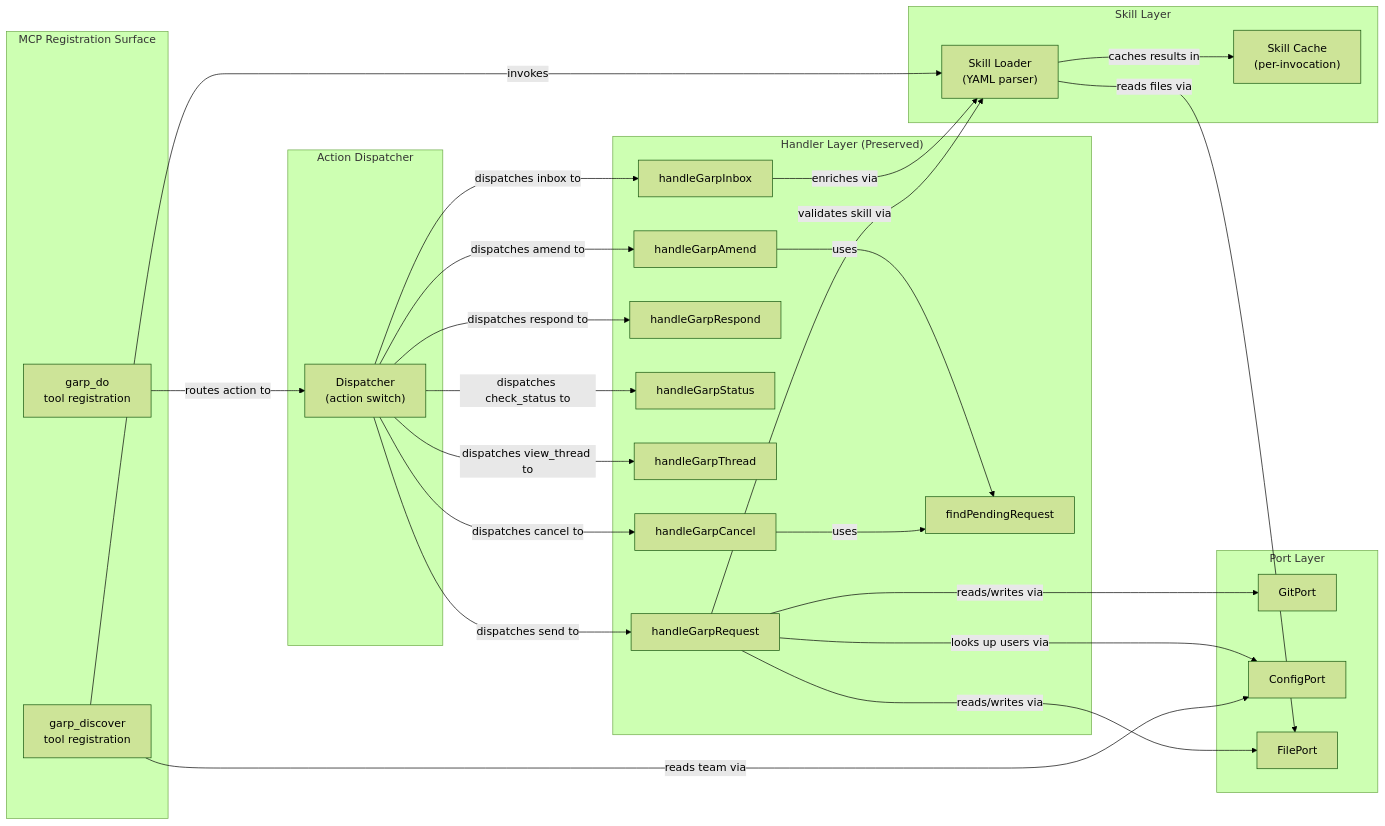
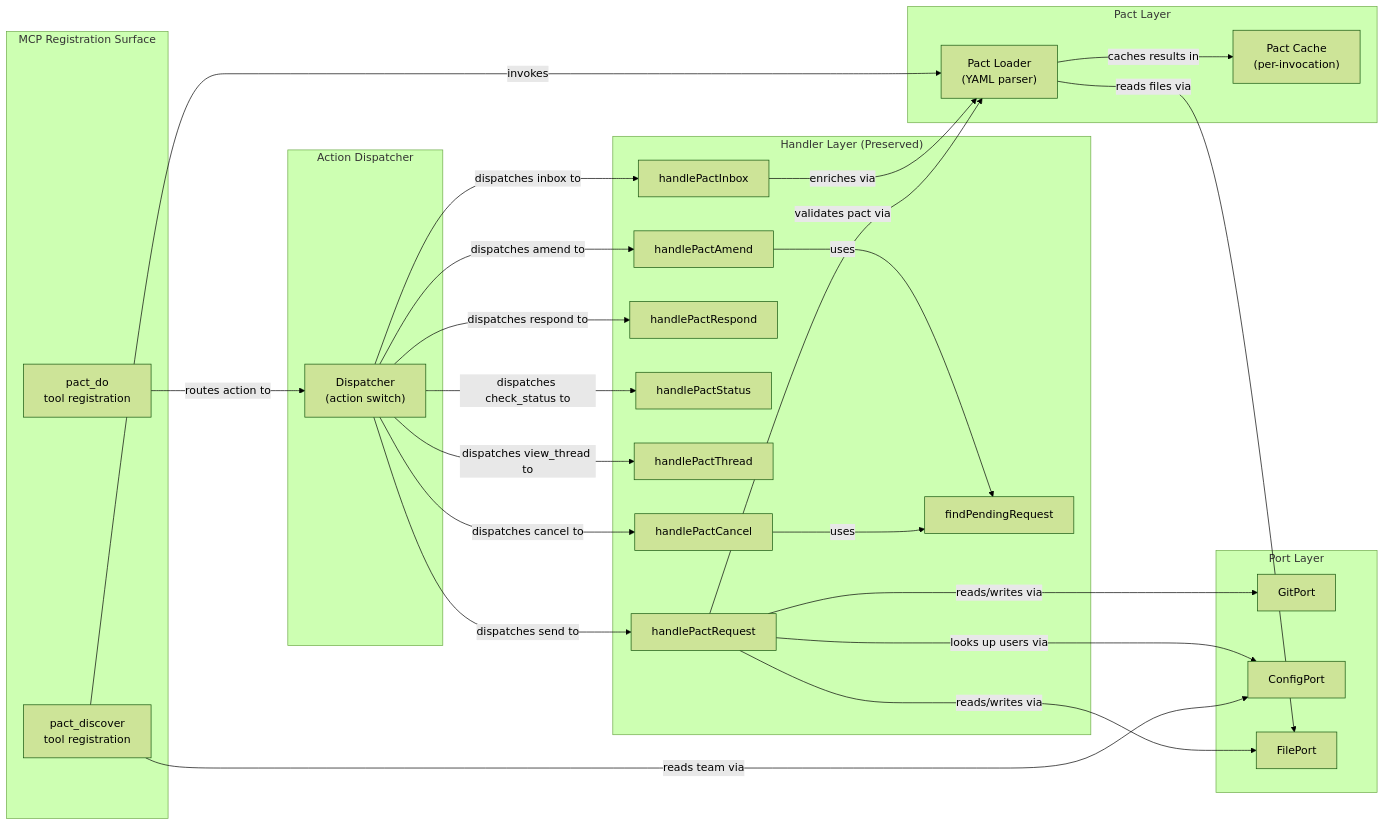
The third of 3 diagrams in docs/feature/collapsed-tools-brain/design/architecture-design.md (snidelycapon/pact), drawn with Mermaid (forest theme) before and after one commit. The commit also changed other lines of this file and 242 other files, not shown here.

First line of the commit message:
chore: rename garp to pact across entire codebase

````diff
--- a/docs/feature/collapsed-tools-brain/design/architecture-design.md
+++ b/docs/feature/collapsed-tools-brain/design/architecture-design.md
@@ -199,53 +199,53 @@
 ```mermaid
 graph LR
     subgraph "MCP Registration Surface"
-        GD["garp_discover<br/>tool registration"]
-        GDo["garp_do<br/>tool registration"]
+        GD["pact_discover<br/>tool registration"]
+        GDo["pact_do<br/>tool registration"]
     end
 
-    subgraph "Skill Layer"
-        SL["Skill Loader<br/>(YAML parser)"]
-        SC["Skill Cache<br/>(per-invocation)"]
+    subgraph "Pact Layer"
+        SL["Pact Loader<br/>(YAML parser)"]
+        SC["Pact Cache<br/>(per-invocation)"]
     end
 
     subgraph "Action Dispatcher"
         AD["Dispatcher<br/>(action switch)"]
     end
 
     subgraph "Handler Layer (Preserved)"
-        HR["handleGarpRequest"]
-        HI["handleGarpInbox"]
-        HRe["handleGarpRespond"]
-        HS["handleGarpStatus"]
-        HT["handleGarpThread"]
-        HC["handleGarpCancel"]
-        HA["handleGarpAmend"]
+        HR["handlePactRequest"]
+        HI["handlePactInbox"]
+        HRe["handlePactRespond"]
+        HS["handlePactStatus"]
+        HT["handlePactThread"]
+        HC["handlePactCancel"]
+        HA["handlePactAmend"]
         FP["findPendingRequest"]
     end
 
     subgraph "Port Layer"
         GP["GitPort"]
         CP["ConfigPort"]
         FPo["FilePort"]
     end
 
     GD -->|"invokes"| SL
     GD -->|"reads team via"| CP
     GDo -->|"routes action to"| AD
     AD -->|"dispatches send to"| HR
     AD -->|"dispatches inbox to"| HI
     AD -->|"dispatches respond to"| HRe
     AD -->|"dispatches check_status to"| HS
     AD -->|"dispatches view_thread to"| HT
     AD -->|"dispatches cancel to"| HC
     AD -->|"dispatches amend to"| HA
     HC -->|"uses"| FP
     HA -->|"uses"| FP
     SL -->|"caches results in"| SC
     SL -->|"reads files via"| FPo
-    HR -->|"validates skill via"| SL
+    HR -->|"validates pact via"| SL
     HI -->|"enriches via"| SL
     HR -->|"reads/writes via"| GP
     HR -->|"reads/writes via"| FPo
     HR -->|"looks up users via"| CP
 ```
````
